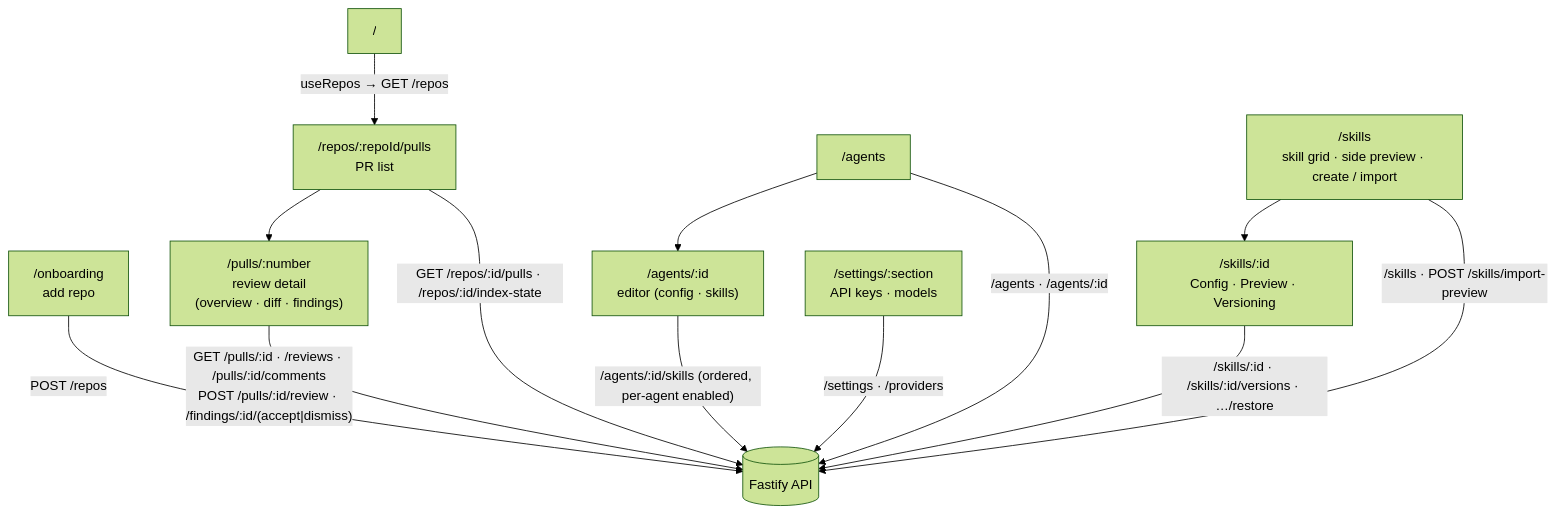
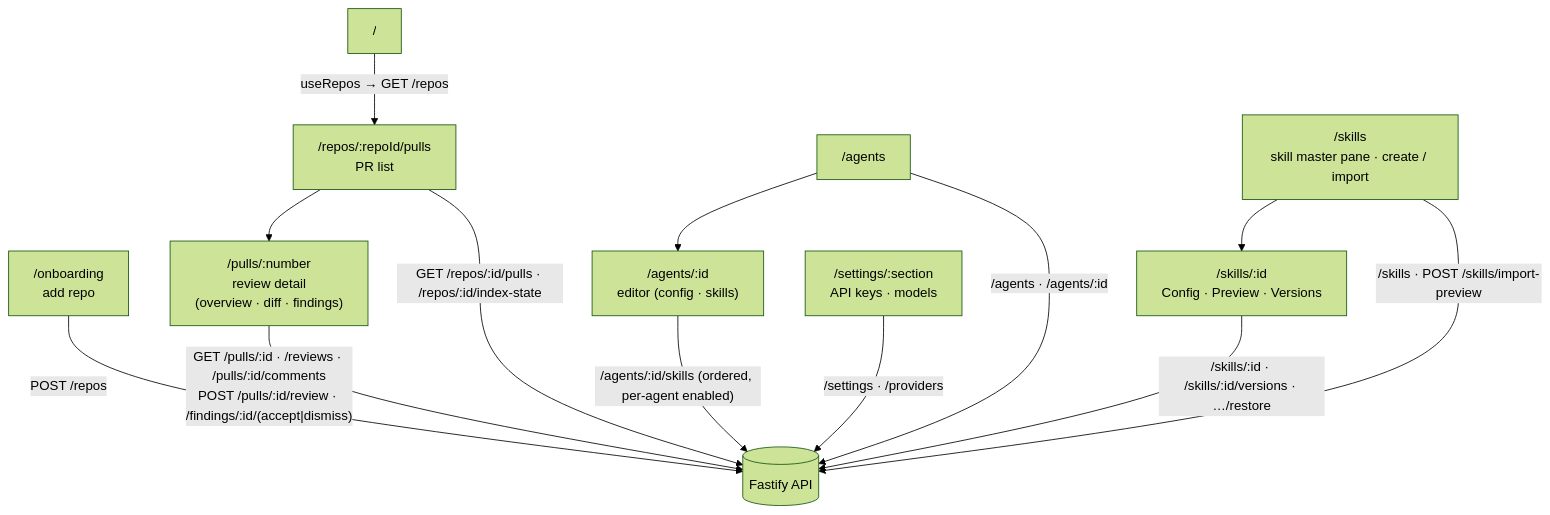
Before and after one commit to s-deer/dev-digest: the diagram in client/README.md, drawn with Mermaid (forest theme). The commit also changed 36 other files, not shown here.

````diff
--- a/client/README.md
+++ b/client/README.md
@@ -24,18 +24,18 @@
 ```mermaid
 flowchart TD
   ROOT["/"] -->|"useRepos → GET /repos"| PULLS["/repos/:repoId/pulls<br/>PR list"]
   ONB["/onboarding<br/>add repo"] -->|"POST /repos"| API[("Fastify API")]
   PULLS --> PR["/pulls/:number<br/>review detail<br/>(overview · diff · findings)"]
 
    AGENTS["/agents"] --> AGENT["/agents/:id<br/>editor (config · skills)"]
-   SKILLS["/skills<br/>skill grid · side preview · create / import"] --> SKILL["/skills/:id<br/>Config · Preview · Versioning"]
+    SKILLS["/skills<br/>skill master pane · create / import"] --> SKILL["/skills/:id<br/>Config · Preview · Versions"]
   SETTINGS["/settings/:section<br/>API keys · models"]
 
   PULLS -->|"GET /repos/:id/pulls · /repos/:id/index-state"| API
   PR -->|"GET /pulls/:id · /reviews · /pulls/:id/comments<br/>POST /pulls/:id/review · /findings/:id/(accept|dismiss)"| API
    AGENTS -->|"/agents · /agents/:id"| API
    SKILLS -->|"/skills · POST /skills/import-preview"| API
    SKILL -->|"/skills/:id · /skills/:id/versions · …/restore"| API
    AGENT -->|"/agents/:id/skills (ordered, per-agent enabled)"| API
   SETTINGS -->|"/settings · /providers"| API
 ```
````
